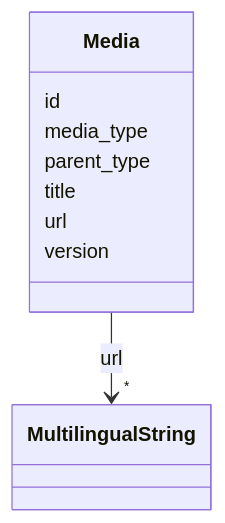
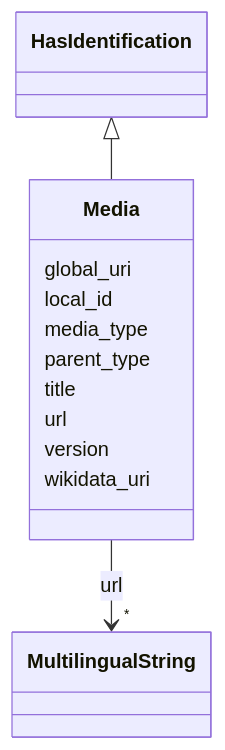
The diagram in ech-0293_operations/output/docs/Media.md (swiss/political-affairs-ech-group), drawn with Mermaid before and after one commit. The commit also changed other lines of this file and 79 other files, not shown here.

````diff
--- a/ech-0293_operations/output/docs/Media.md
+++ b/ech-0293_operations/output/docs/Media.md
@@ -22,27 +22,34 @@
 ```mermaid
  classDiagram
     class Media
     click Media href "../Media/"
-      Media : id
+      HasIdentification <|-- Media
+        click HasIdentification href "../HasIdentification/"
+      
+      Media : global_uri
+        
+      Media : local_id
         
       Media : media_type
         
       Media : parent_type
         
       Media : title
         
       Media : url
         
           
     
         
         
         Media --> "*" MultilingualString : url
         click MultilingualString href "../MultilingualString/"
     
 
         
       Media : version
         
+      Media : wikidata_uri
+        
       
 ```
````
